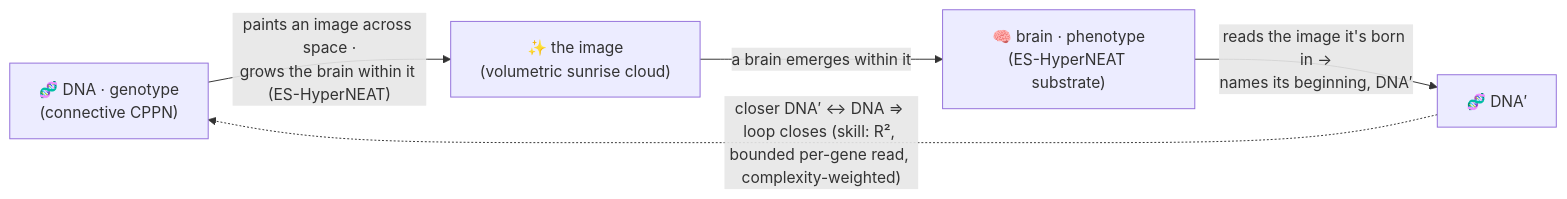
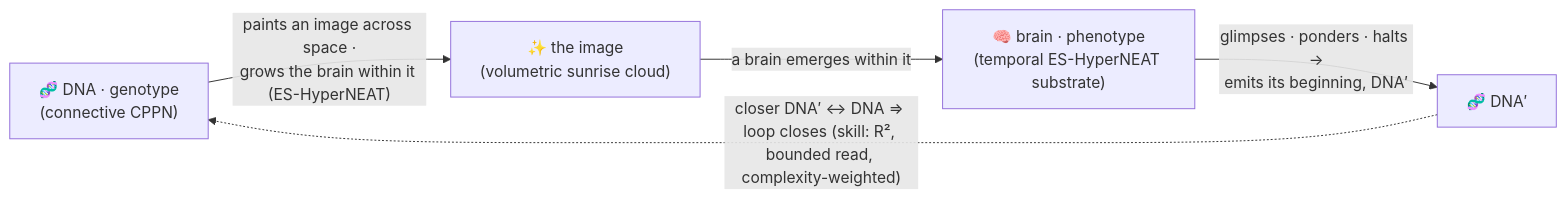
One commit to admiralakber/autograph changed the diagram in README.md. Above: the diagram before and after it, drawn with Mermaid. The commit also changed other lines of this file and 5 other files, not shown here.

````diff
--- a/README.md
+++ b/README.md
@@ -36,7 +36,7 @@
 ```mermaid
 flowchart LR
   DNA["🧬 DNA · genotype<br/>(connective CPPN)"] -->|"paints an image across space ·<br/>grows the brain within it (ES-HyperNEAT)"| ART["✨ the image<br/>(volumetric sunrise cloud)"]
-  ART -->|"a brain emerges within it"| PHENO["🧠 brain · phenotype<br/>(ES-HyperNEAT substrate)"]
-  PHENO -->|"reads the image it's born in →<br/>names its beginning, DNA′"| DNA2["🧬 DNA′"]
-  DNA2 -. "closer DNA′ ↔ DNA ⇒ loop closes (skill: R², bounded per-gene read, complexity-weighted)" .-> DNA
+  ART -->|"a brain emerges within it"| PHENO["🧠 brain · phenotype<br/>(temporal ES-HyperNEAT substrate)"]
+  PHENO -->|"glimpses · ponders · halts →<br/>emits its beginning, DNA′"| DNA2["🧬 DNA′"]
+  DNA2 -. "closer DNA′ ↔ DNA ⇒ loop closes (skill: R², bounded read, complexity-weighted)" .-> DNA
 ```
````
